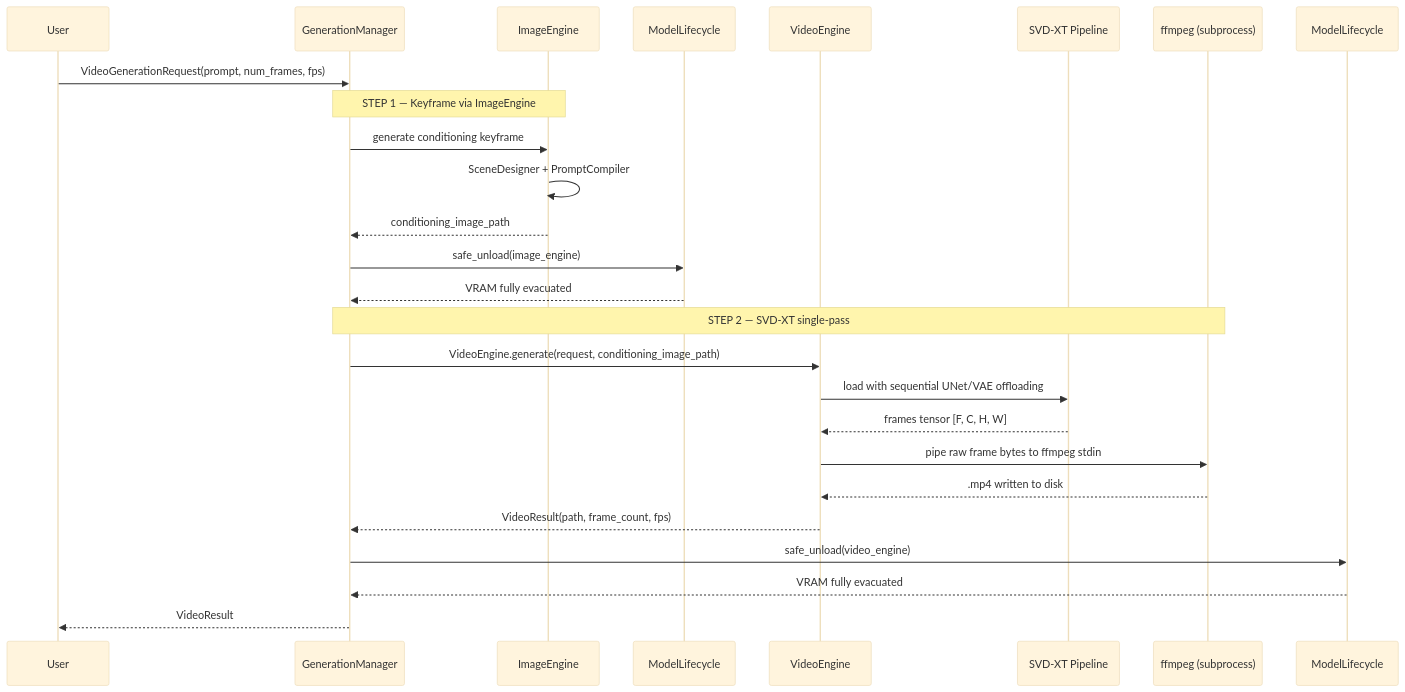
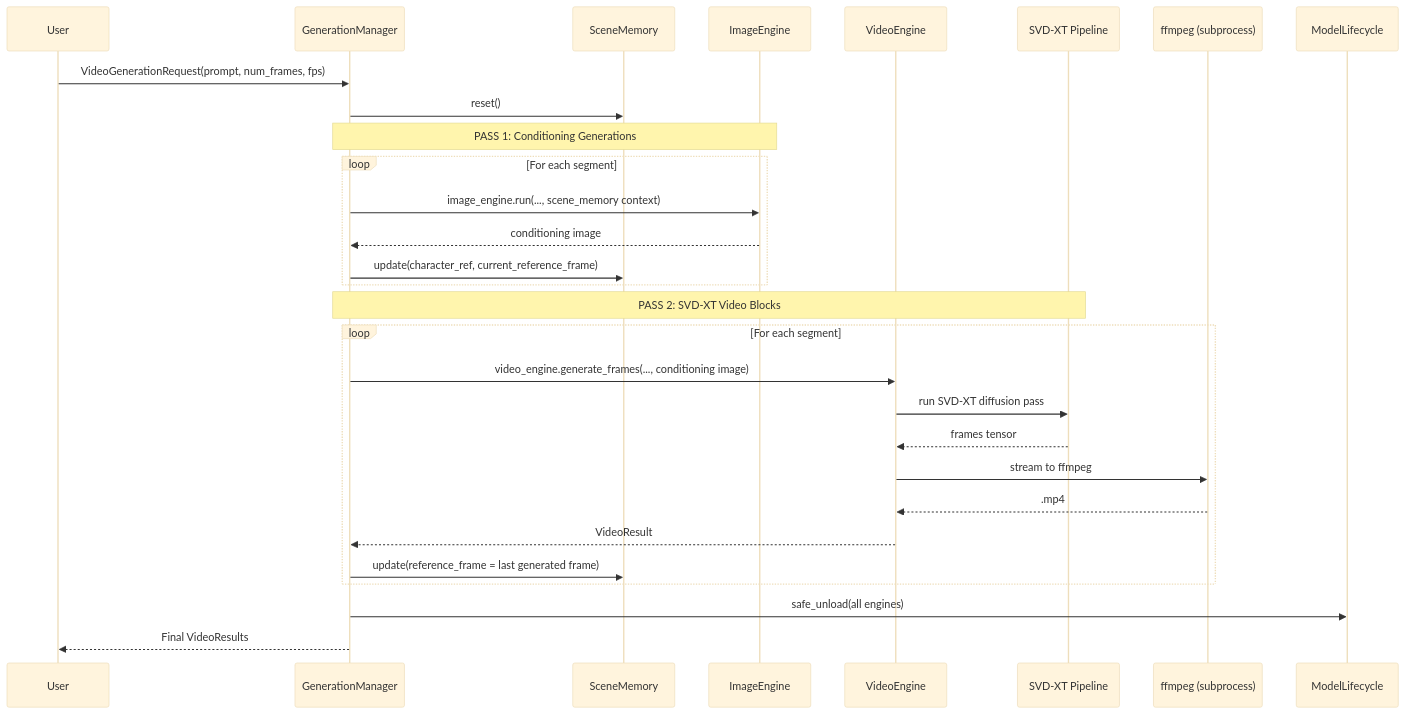
The third of 4 diagrams in README.md (SaiKarthik547/multigen), drawn with Mermaid (base theme) before and after one commit. The commit also changed other lines of this file and 7 other files, not shown here.

Commit message:
feat: Implement Phase 10 Scene Memory and consistency managers for character identity and scene structure.

````diff
--- a/README.md
+++ b/README.md
@@ -230,31 +248,35 @@
 ```mermaid
 sequenceDiagram
     participant U as User
     participant GM as GenerationManager
+    participant SM as SceneMemory
     participant IE as ImageEngine
-    participant ML1 as ModelLifecycle
     participant VE as VideoEngine
     participant SVD as SVD-XT Pipeline
     participant FF as ffmpeg (subprocess)
-    participant ML2 as ModelLifecycle
+    participant ML as ModelLifecycle
 
     U->>GM: VideoGenerationRequest(prompt, num_frames, fps)
+    GM->>SM: reset()
 
-    note over GM,IE: STEP 1 — Keyframe via ImageEngine
-    GM->>IE: generate conditioning keyframe
-    IE->>IE: SceneDesigner + PromptCompiler
-    IE-->>GM: conditioning_image_path
-    GM->>ML1: safe_unload(image_engine)
-    ML1-->>GM: VRAM fully evacuated
+    note over GM,IE: PASS 1: Conditioning Generations
+    loop For each segment
+        GM->>IE: image_engine.run(..., scene_memory context)
+        IE-->>GM: conditioning image
+        GM->>SM: update(character_ref, current_reference_frame)
+    end
 
-    note over GM,FF: STEP 2 — SVD-XT single-pass
-    GM->>VE: VideoEngine.generate(request, conditioning_image_path)
-    VE->>SVD: load with sequential UNet/VAE offloading
-    SVD-->>VE: frames tensor [F, C, H, W]
-    VE->>FF: pipe raw frame bytes to ffmpeg stdin
-    FF-->>VE: .mp4 written to disk
-    VE-->>GM: VideoResult(path, frame_count, fps)
-    GM->>ML2: safe_unload(video_engine)
-    ML2-->>GM: VRAM fully evacuated
-    GM-->>U: VideoResult
+    note over GM,SVD: PASS 2: SVD-XT Video Blocks
+    loop For each segment
+        GM->>VE: video_engine.generate_frames(..., conditioning image)
+        VE->>SVD: run SVD-XT diffusion pass
+        SVD-->>VE: frames tensor
+        VE->>FF: stream to ffmpeg
+        FF-->>VE: .mp4
+        VE-->>GM: VideoResult
+        GM->>SM: update(reference_frame = last generated frame)
+    end
+    
+    GM->>ML: safe_unload(all engines)
+    GM-->>U: Final VideoResults
 ```
````
